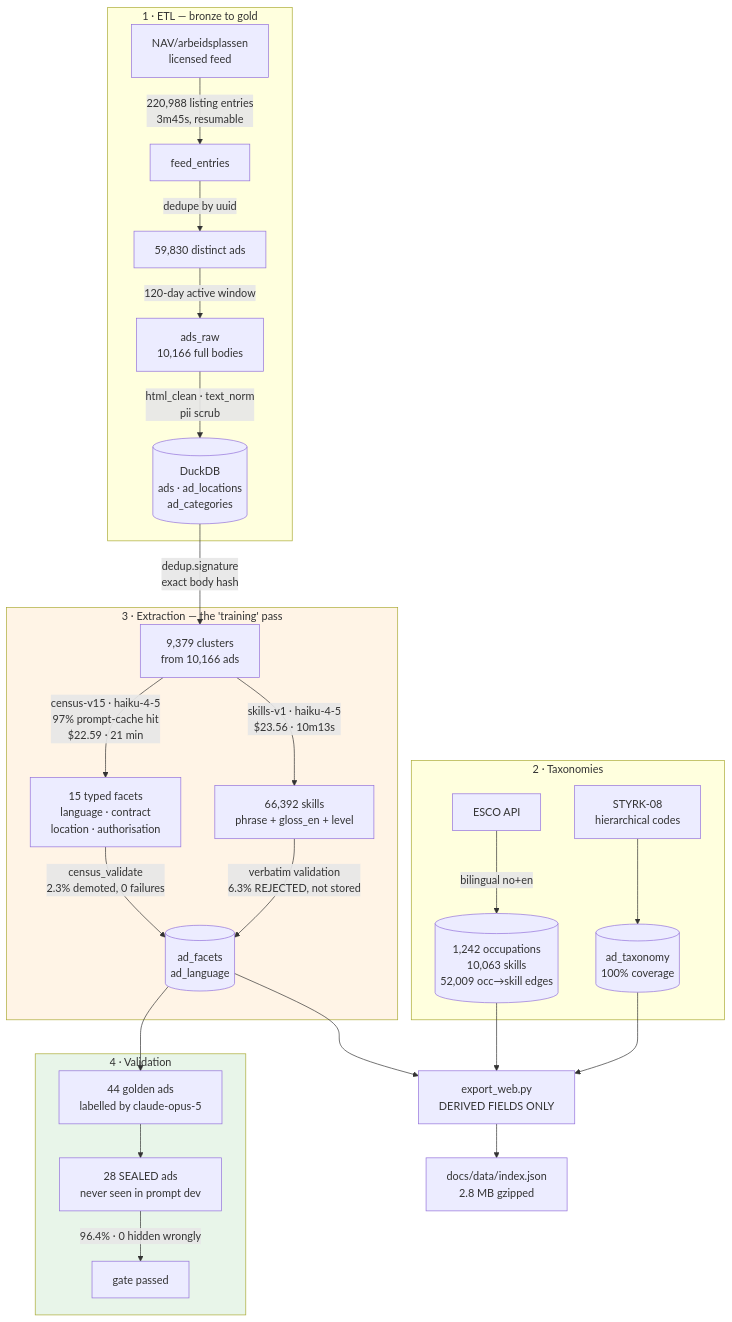
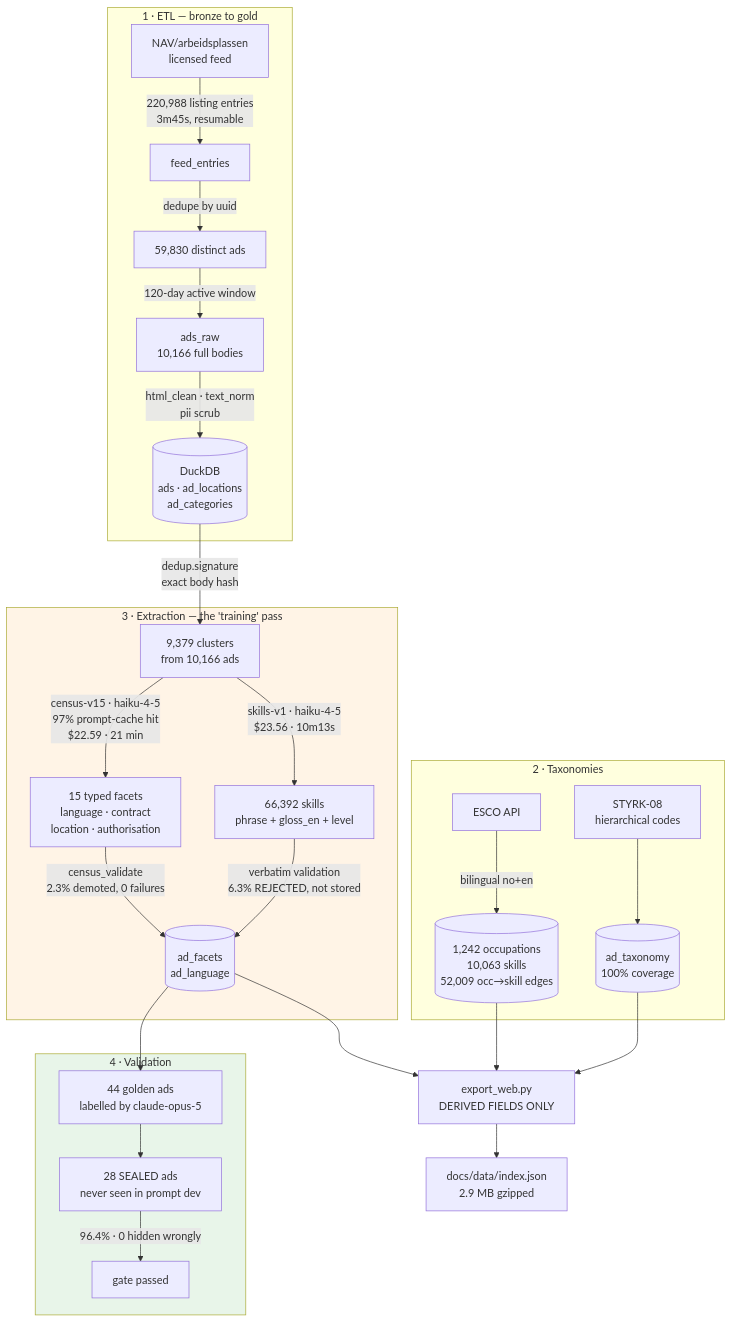
Before and after one commit to NaomiTitus/constraint-aware-retrieval: the first of 2 diagrams in README.md, drawn with Mermaid. The commit also changed other lines of this file and 1 other file, not shown here.

````diff
--- a/README.md
+++ b/README.md
@@ -136,36 +149,36 @@
 ```mermaid
 flowchart TB
   subgraph ETL["1 · ETL — bronze to gold"]
     A["NAV/arbeidsplassen<br/>licensed feed"] -->|"220,988 listing entries<br/>3m45s, resumable"| B["feed_entries"]
     B -->|"dedupe by uuid"| C["59,830 distinct ads"]
     C -->|"120-day active window"| D["ads_raw<br/>10,166 full bodies"]
     D -->|"html_clean · text_norm<br/>pii scrub"| E[("DuckDB<br/>ads · ad_locations<br/>ad_categories")]
   end
 
   subgraph TAX["2 · Taxonomies"]
     F["ESCO API"] -->|"bilingual no+en"| G[("1,242 occupations<br/>10,063 skills<br/>52,009 occ→skill edges")]
     H["STYRK-08<br/>hierarchical codes"] --> I[("ad_taxonomy<br/>100% coverage")]
   end
 
   subgraph EXT["3 · Extraction — the 'training' pass"]
     E -->|"dedup.signature<br/>exact body hash"| J["9,379 clusters<br/>from 10,166 ads"]
     J -->|"census-v15 · haiku-4-5<br/>97% prompt-cache hit<br/>$22.59 · 21 min"| K["15 typed facets<br/>language · contract<br/>location · authorisation"]
     J -->|"skills-v1 · haiku-4-5<br/>$23.56 · 10m13s"| L["66,392 skills<br/>phrase + gloss_en + level"]
     K -->|"census_validate<br/>2.3% demoted, 0 failures"| M[("ad_facets<br/>ad_language")]
     L -->|"verbatim validation<br/>6.3% REJECTED, not stored"| M
   end
 
   subgraph VAL["4 · Validation"]
     M --> N["44 golden ads<br/>labelled by claude-opus-5"]
     N --> O["28 SEALED ads<br/>never seen in prompt dev"]
     O -->|"96.4% · 0 hidden wrongly"| P["gate passed"]
   end
 
   M --> Q["export_web.py<br/>DERIVED FIELDS ONLY"]
   G --> Q
   I --> Q
-  Q --> R["docs/data/index.json<br/>2.8 MB gzipped"]
+  Q --> R["docs/data/index.json<br/>2.9 MB gzipped"]
 
   style EXT fill:#fff4e6
   style VAL fill:#e8f5e9
 ```
````
